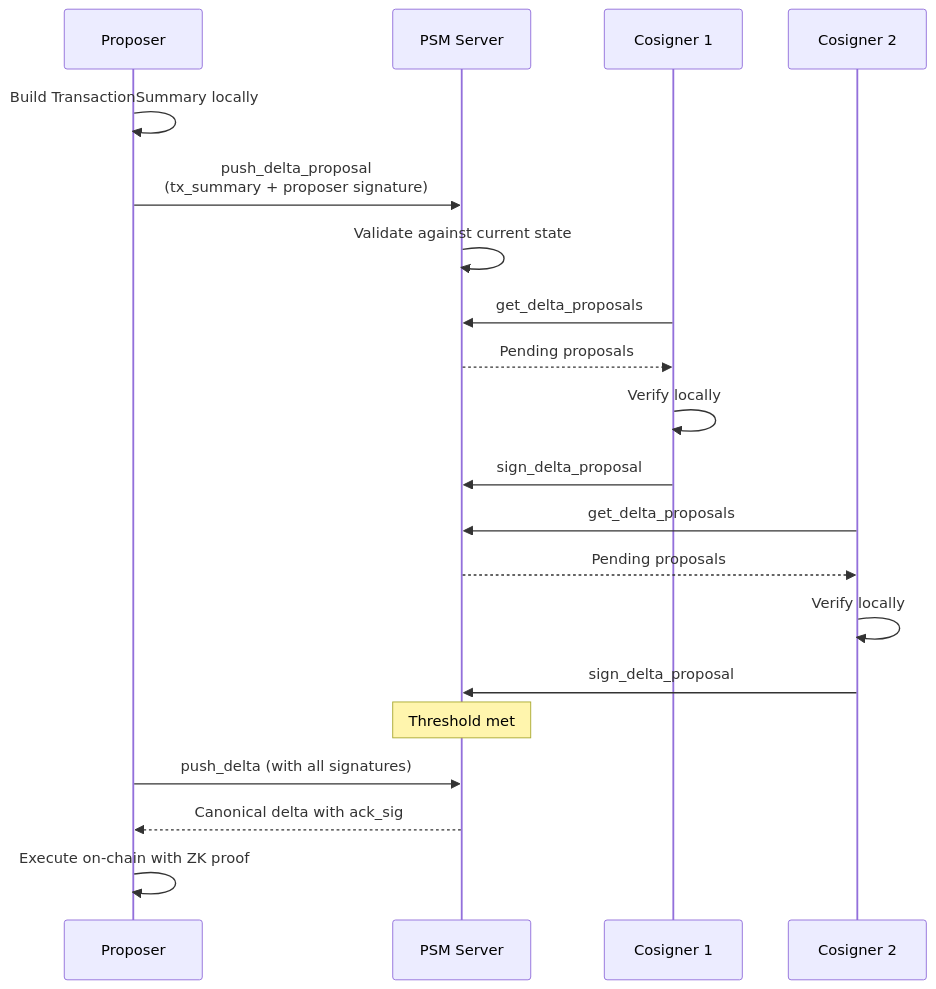
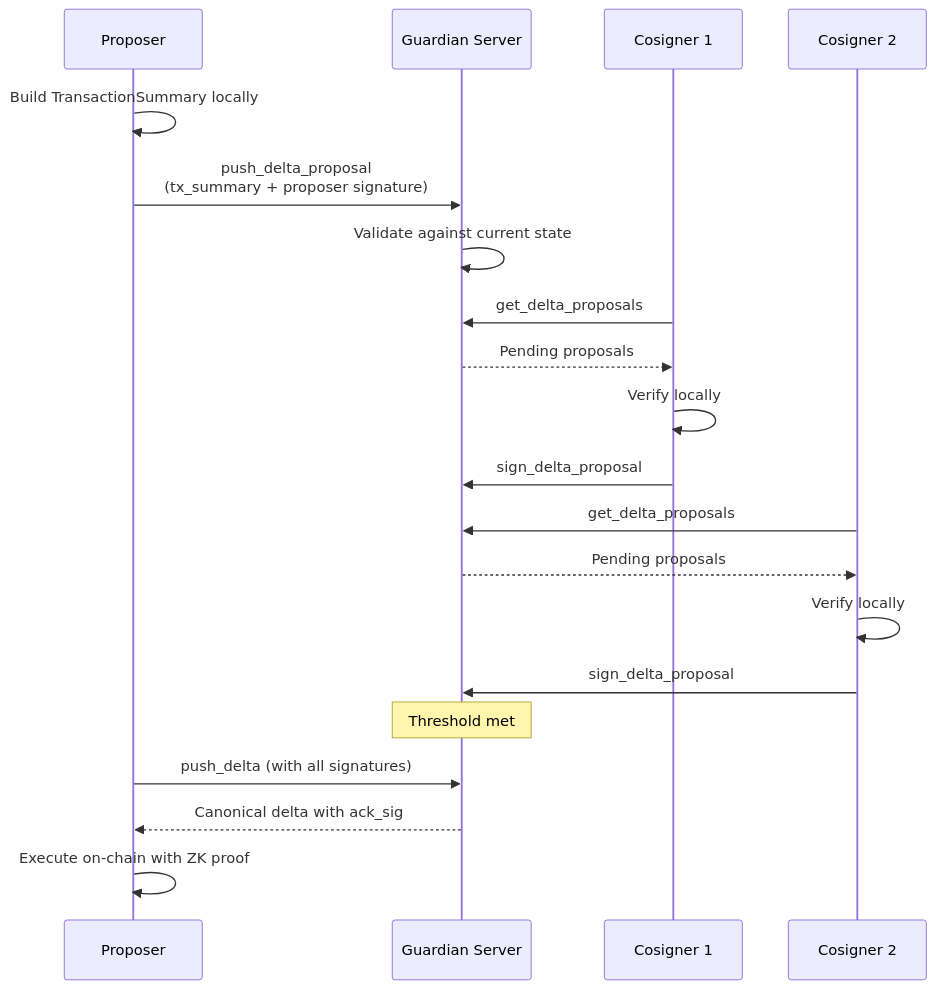
Before and after one commit to 0xMiden/miden-docs: the first of 3 diagrams in docs/builder/solutions/private-multisig/core-concepts.md, drawn with Mermaid. The commit also changed other lines of this file and 3 other files, not shown here.

First line of the commit message:
docs: rebrand PSM → Guardian in multisig and builder pages

````diff
--- a/docs/builder/solutions/private-multisig/core-concepts.md
+++ b/docs/builder/solutions/private-multisig/core-concepts.md
@@ -12,27 +12,27 @@
 ```mermaid
 sequenceDiagram
     participant P as Proposer
-    participant PSM as PSM Server
+    participant Guardian as Guardian Server
     participant C1 as Cosigner 1
     participant C2 as Cosigner 2
 
     P->>P: Build TransactionSummary locally
-    P->>PSM: push_delta_proposal<br/>(tx_summary + proposer signature)
-    PSM->>PSM: Validate against current state
+    P->>Guardian: push_delta_proposal<br/>(tx_summary + proposer signature)
+    Guardian->>Guardian: Validate against current state
 
-    C1->>PSM: get_delta_proposals
-    PSM-->>C1: Pending proposals
+    C1->>Guardian: get_delta_proposals
+    Guardian-->>C1: Pending proposals
     C1->>C1: Verify locally
-    C1->>PSM: sign_delta_proposal
+    C1->>Guardian: sign_delta_proposal
 
-    C2->>PSM: get_delta_proposals
-    PSM-->>C2: Pending proposals
+    C2->>Guardian: get_delta_proposals
+    Guardian-->>C2: Pending proposals
     C2->>C2: Verify locally
-    C2->>PSM: sign_delta_proposal
+    C2->>Guardian: sign_delta_proposal
 
-    Note over PSM: Threshold met
+    Note over Guardian: Threshold met
 
-    P->>PSM: push_delta (with all signatures)
-    PSM-->>P: Canonical delta with ack_sig
+    P->>Guardian: push_delta (with all signatures)
+    Guardian-->>P: Canonical delta with ack_sig
     P->>P: Execute on-chain with ZK proof
 ```
````
